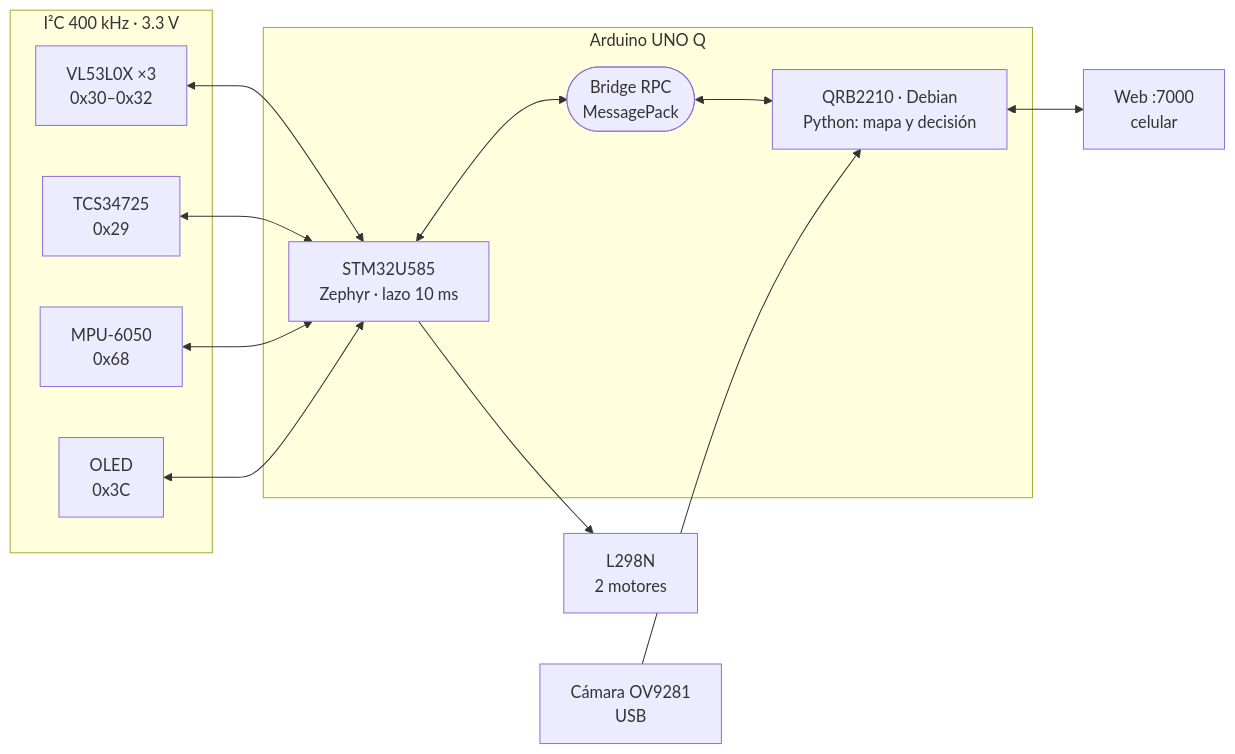
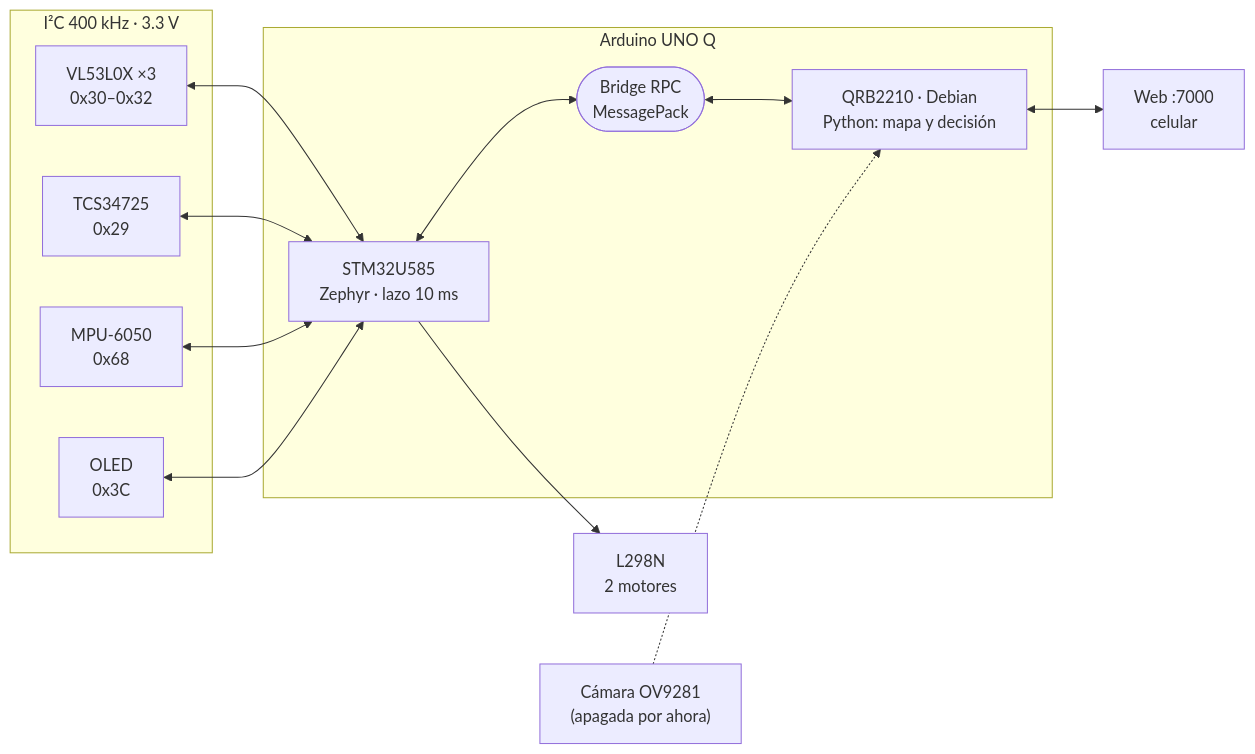
Before and after one commit to Happenedspice17/sumo-v-ia: the first of 3 diagrams in docs/manual_jueces.md, drawn with Mermaid. The commit also changed other lines of this file and 9 other files, not shown here.

````diff
--- a/docs/manual_jueces.md
+++ b/docs/manual_jueces.md
@@ -63,22 +63,22 @@
 ```mermaid
 flowchart LR
   subgraph S["I²C 400 kHz · 3.3 V"]
     T1["VL53L0X ×3<br/>0x30–0x32"]
     C["TCS34725<br/>0x29"]
     M["MPU-6050<br/>0x68"]
     O["OLED<br/>0x3C"]
   end
   subgraph Q["Arduino UNO Q"]
     STM["STM32U585<br/>Zephyr · lazo 10 ms"]
     BR(["Bridge RPC<br/>MessagePack"])
     LNX["QRB2210 · Debian<br/>Python: mapa y decisión"]
   end
   T1 <--> STM
   C <--> STM
   M <--> STM
   O <--> STM
   STM <--> BR <--> LNX
   STM --> H["L298N<br/>2 motores"]
-  CAM["Cámara OV9281<br/>USB"] --> LNX
+  CAM["Cámara OV9281<br/>(apagada por ahora)"] -.-> LNX
   LNX <--> WEB["Web :7000<br/>celular"]
 ```
````
